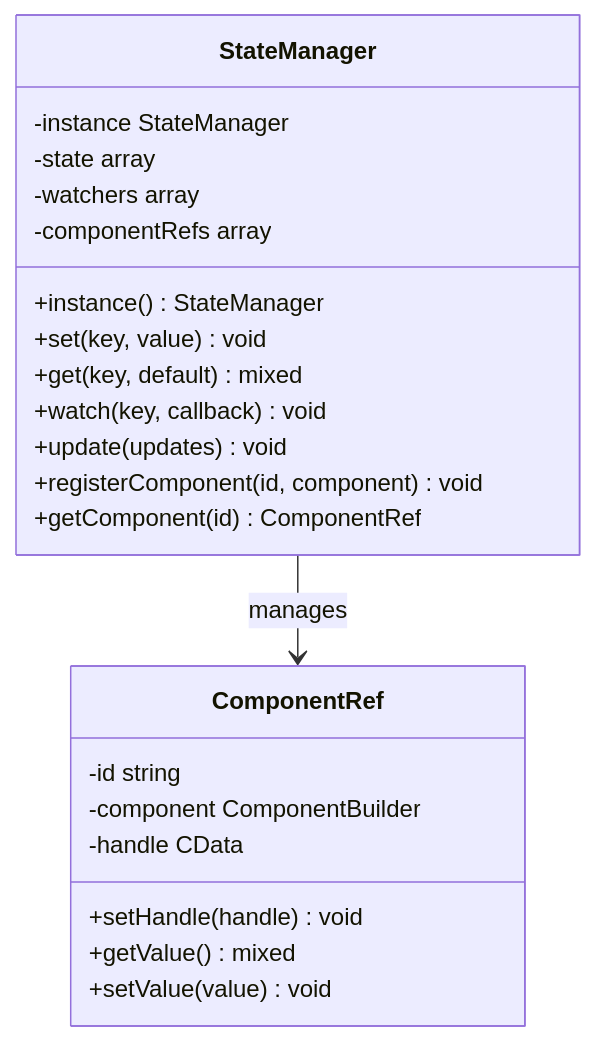
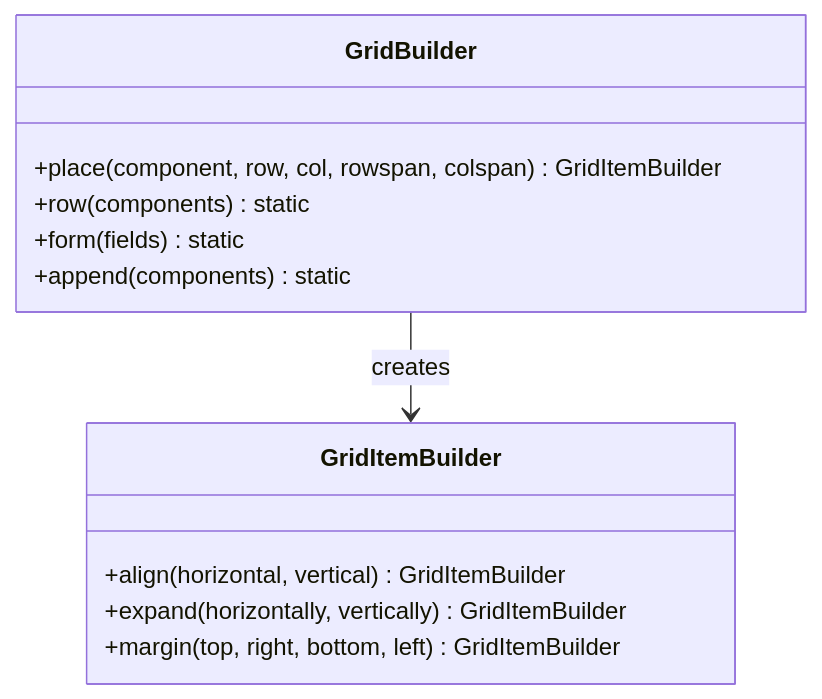
One commit to yangweijie/libuiBuilder changed diagram 11 of 13 in .qoder/repowiki/zh/content/项目概述.md. Above: the diagram before and after it, drawn with Mermaid. The commit also changed other lines of this file and 126 other files, not shown here.

````diff
--- a/.qoder/repowiki/zh/content/项目概述.md
+++ b/.qoder/repowiki/zh/content/项目概述.md
@@ -225,25 +540,15 @@
 ```mermaid
 classDiagram
-class StateManager {
--instance StateManager
--state array
--watchers array
--componentRefs array
-+instance() StateManager
-+set(key, value) void
-+get(key, default) mixed
-+watch(key, callback) void
-+update(updates) void
-+registerComponent(id, component) void
-+getComponent(id) ComponentRef
+class GridBuilder {
++place(component, row, col, rowspan, colspan) GridItemBuilder
++row(components) static
++form(fields) static
++append(components) static
 }
-class ComponentRef {
--id string
--component ComponentBuilder
--handle CData
-+setHandle(handle) void
-+getValue() mixed
-+setValue(value) void
+class GridItemBuilder {
++align(horizontal, vertical) GridItemBuilder
++expand(horizontally, vertically) GridItemBuilder
++margin(top, right, bottom, left) GridItemBuilder
 }
-StateManager --> ComponentRef : manages
+GridBuilder --> GridItemBuilder : creates
 ```
````
